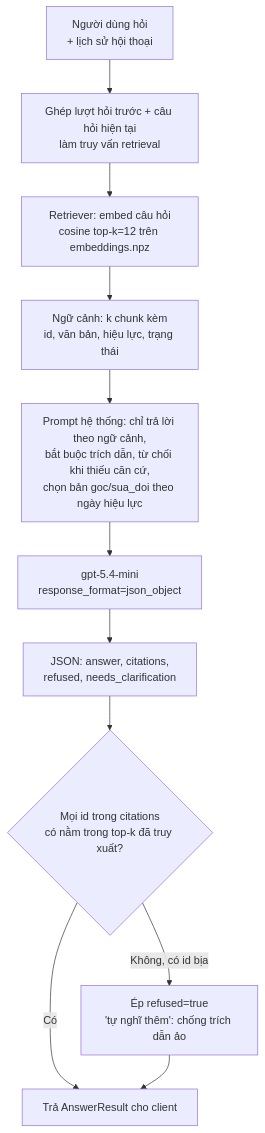
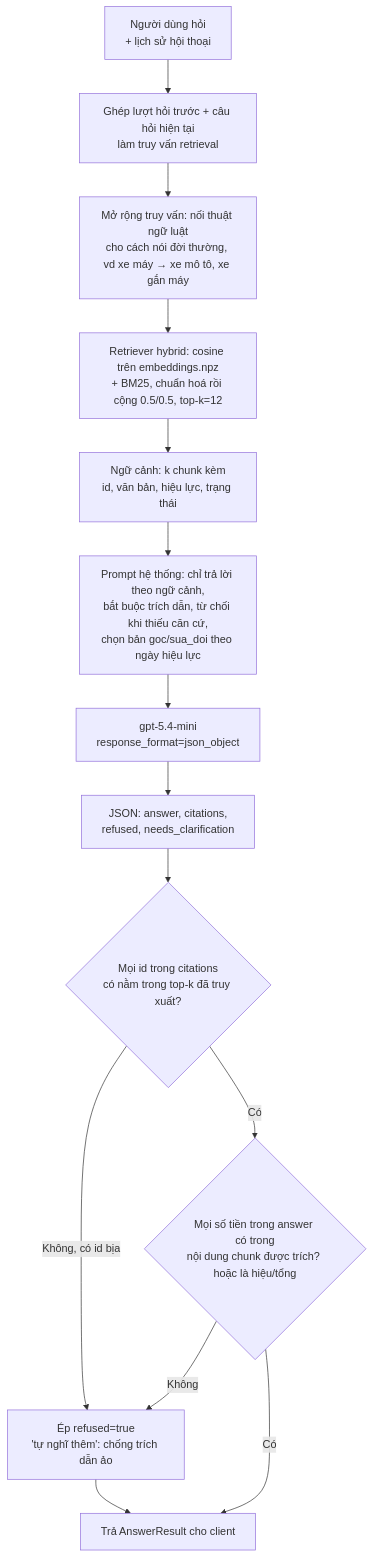
One commit to tom-the-prgrmr/natural-language-processing changed the second of 3 diagrams in docs/architecture.md. Above: the diagram before and after it, drawn with Mermaid. The commit also changed 85 other files, not shown here.

````diff
--- a/docs/architecture.md
+++ b/docs/architecture.md
@@ -16,13 +16,16 @@
 ```mermaid
 flowchart TD
     U[Người dùng hỏi<br/>+ lịch sử hội thoại] --> Q[Ghép lượt hỏi trước + câu hỏi hiện tại<br/>làm truy vấn retrieval]
-    Q --> R[Retriever: embed câu hỏi<br/>cosine top-k=12 trên embeddings.npz]
+    Q --> X[Mở rộng truy vấn: nối thuật ngữ luật<br/>cho cách nói đời thường, vd xe máy → xe mô tô, xe gắn máy]
+    X --> R[Retriever hybrid: cosine trên embeddings.npz<br/>+ BM25, chuẩn hoá rồi cộng 0.5/0.5, top-k=12]
     R --> CTX[Ngữ cảnh: k chunk kèm<br/>id, văn bản, hiệu lực, trạng thái]
     CTX --> P[Prompt hệ thống: chỉ trả lời theo ngữ cảnh,<br/>bắt buộc trích dẫn, từ chối khi thiếu căn cứ,<br/>chọn bản goc/sua_doi theo ngày hiệu lực]
     P --> L[gpt-5.4-mini<br/>response_format=json_object]
     L --> J[JSON: answer, citations,<br/>refused, needs_clarification]
     J --> V{Mọi id trong citations<br/>có nằm trong top-k đã truy xuất?}
     V -->|Không, có id bịa| F[Ép refused=true<br/>'tự nghĩ thêm': chống trích dẫn ảo]
-    V -->|Có| O[Trả AnswerResult cho client]
+    V -->|Có| N{Mọi số tiền trong answer có trong<br/>nội dung chunk được trích? hoặc là hiệu/tổng}
+    N -->|Không| F
+    N -->|Có| O[Trả AnswerResult cho client]
     F --> O
 ```
````
